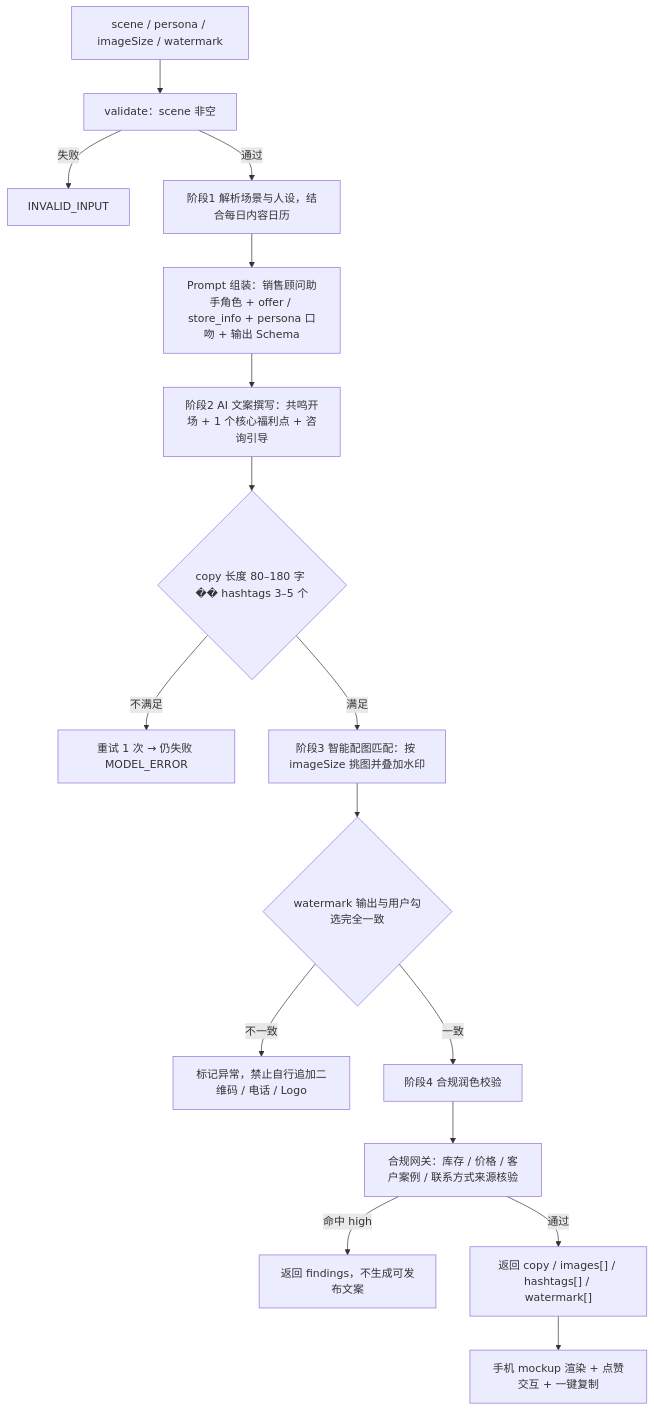
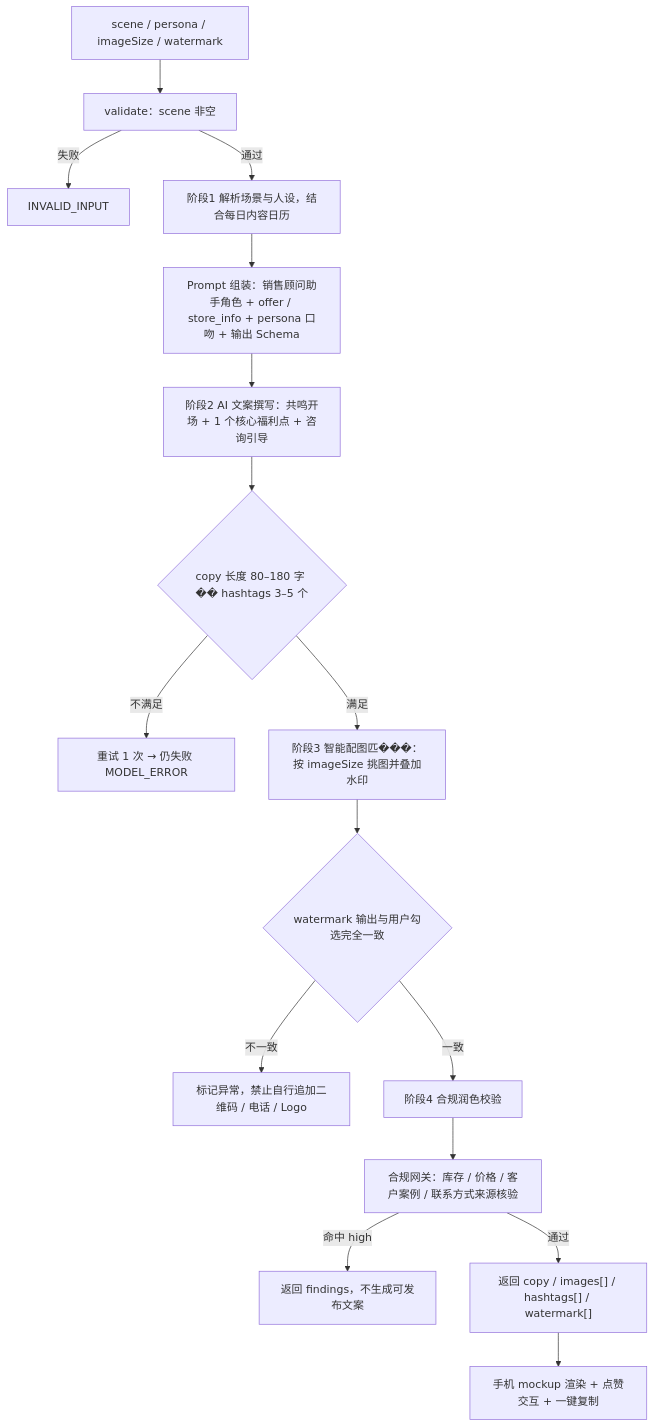
One commit to yangyang0723-ai/autoaigc changed the fifth of 5 diagrams in docs/车智绘AutoAIGC-PRD-v2.0.md. Above: the diagram before and after it, drawn with Mermaid. The commit also changed other lines of this file and 6 other files, not shown here.

````diff
--- a/docs/车智绘AutoAIGC-PRD-v2.0.md
+++ b/docs/车智绘AutoAIGC-PRD-v2.0.md
@@ -900,18 +898,18 @@
 ```mermaid
 flowchart TD
   A[scene / persona / imageSize / watermark] --> B["validate：scene 非空"]
   B -- 失败 --> B1[INVALID_INPUT]
   B -- 通过 --> C[阶段1 解析场景与人设，结合每日内容日历]
   C --> D["Prompt 组装：销售顾问助手角色 + offer / store_info + persona 口吻 + 输出 Schema"]
   D --> E[阶段2 AI 文案撰写：共鸣开场 + 1 个核心福利点 + 咨询引导]
   E --> F{"copy 长度 80–180 字 �� hashtags 3–5 个"}
   F -- 不满足 --> F1[重试 1 次 → 仍失败 MODEL_ERROR]
-  F -- 满足 --> G[阶段3 智能配图匹配：按 imageSize 挑图并叠加水印]
+  F -- 满足 --> G[阶段3 智能配图匹���：按 imageSize 挑图并叠加水印]
   G --> H{"watermark 输出与用户勾选完全一致"}
   H -- 不一致 --> H1[标记异常，禁止自行追加二维码 / 电话 / Logo]
   H -- 一致 --> I[阶段4 合规润色校验]
   I --> J[合规网关：库存 / 价格 / 客户案例 / 联系方式来源核验]
   J -- 命中 high --> J1["返回 findings，不生成可发布文案"]
   J -- 通过 --> K["返回 copy / images[] / hashtags[] / watermark[]"]
   K --> L[手机 mockup 渲染 + 点赞交互 + 一键复制]
 ```
````
